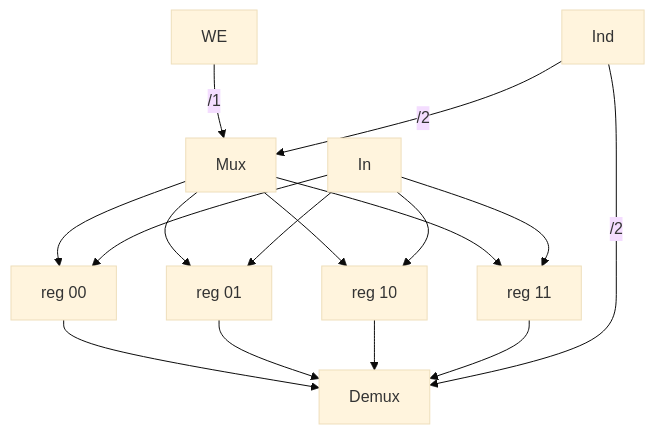
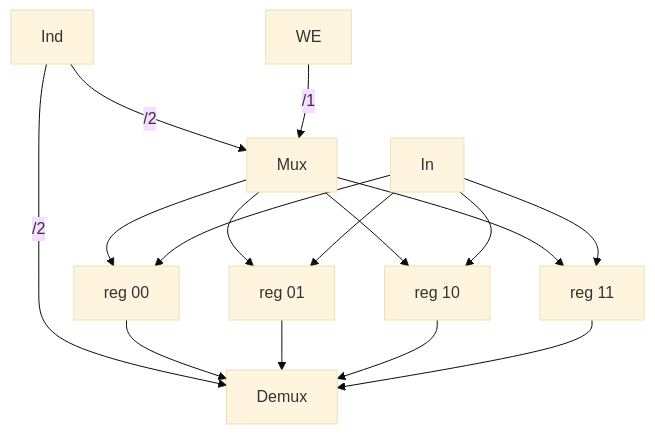
The first of 2 diagrams in Architettura e sistemi operativi/Memoria.md (SuperSamus/appunti-universitari), drawn with Mermaid (base theme) before and after one commit. The commit also changed other lines of this file, not shown here.

````diff
--- a/Architettura e sistemi operativi/Memoria.md
+++ b/Architettura e sistemi operativi/Memoria.md
@@ -9,8 +9,6 @@
 ```mermaid
 flowchart TB
-r1[reg] & r2[reg] & r3[reg] & r4[reg] --> Demux
-Ind -- /2 --> Demux
+Ind -- /2 --> Mux & Demux
 WE -- /1 --> Mux
-Mux & In --> r1[reg 00] & r2[reg 01] & r3[reg 10] & r4[reg 11]
-Ind -- /2 --> Mux
+Mux & In --> r1[reg 00] & r2[reg 01] & r3[reg 10] & r4[reg 11] --> Demux
 ```
````
